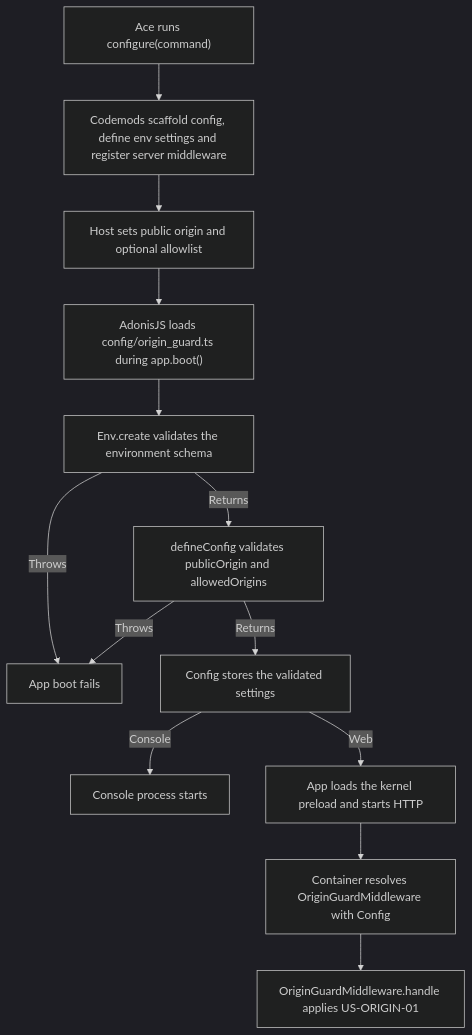
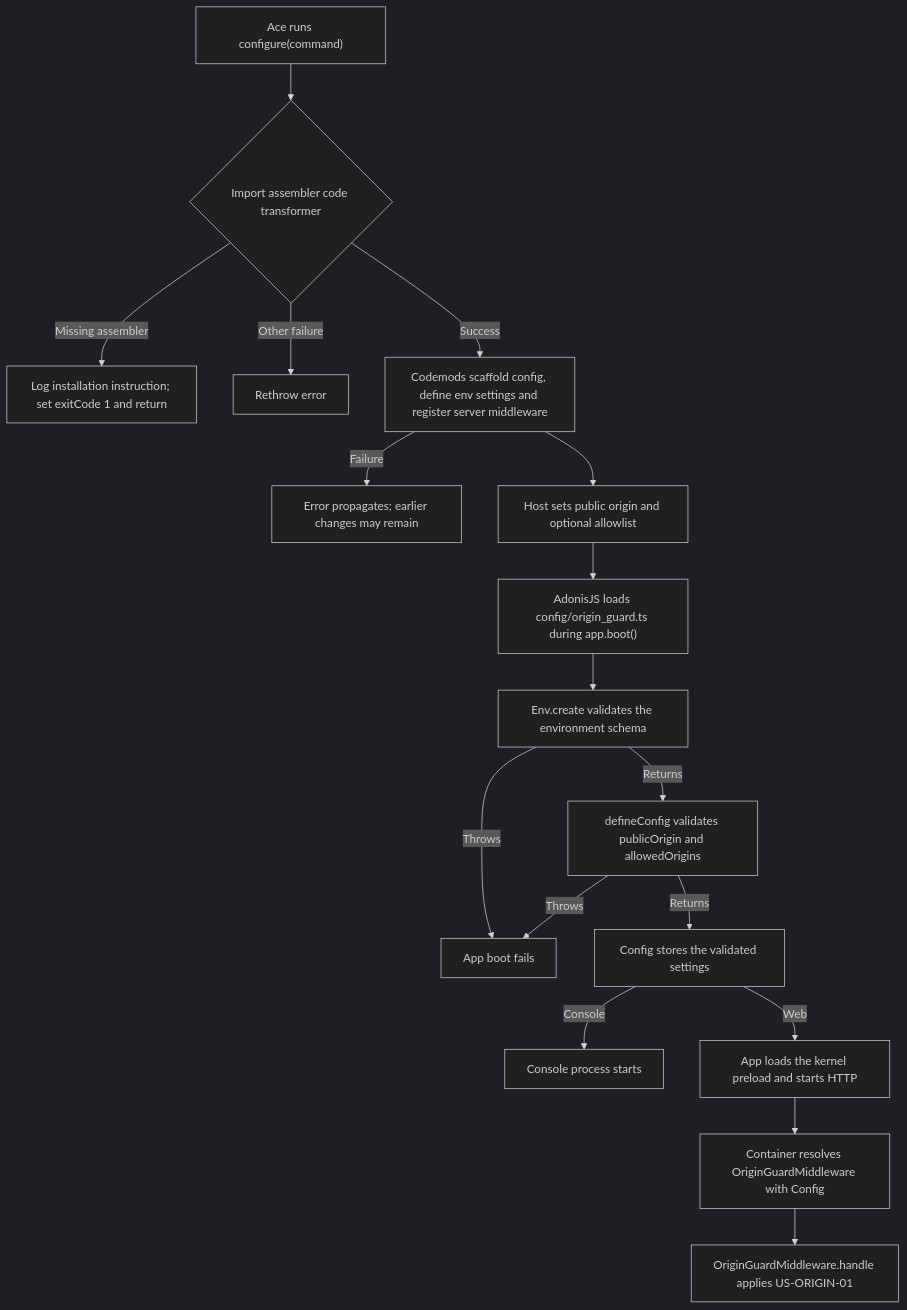
Before and after one commit to Kevinjohn/oss-adonisjs-origin-guard: the second of 2 diagrams in user-stories/US-ORIGIN-05-install-and-start.md, drawn with Mermaid (dark theme). The commit also changed other lines of this file and 1 other file, not shown here.

````diff
--- a/user-stories/US-ORIGIN-05-install-and-start.md
+++ b/user-stories/US-ORIGIN-05-install-and-start.md
@@ -40,15 +45,19 @@
 ```mermaid
 flowchart TD
-    A["Ace runs configure(command)"] --> C["Codemods scaffold config, define env settings and register server middleware"]
+    A["Ace runs configure(command)"] --> Q{"Import assembler code transformer"}
+    Q -->|Missing assembler| Z["Log installation instruction; set exitCode 1 and return"]
+    Q -->|Other failure| Y["Rethrow error"]
+    Q -->|Success| C["Codemods scaffold config, define env settings and register server middleware"]
+    C -->|Failure| W["Error propagates; earlier changes may remain"]
     C --> E["Host sets public origin and optional allowlist"]
     E --> I["AdonisJS loads config/origin_guard.ts during app.boot()"]
     I --> V["Env.create validates the environment schema"]
     V -->|Returns| B["defineConfig validates publicOrigin and allowedOrigins"]
     V -->|Throws| X["App boot fails"]
     B -->|Throws| X
     B -->|Returns| S["Config stores the validated settings"]
     S -->|Console| P["Console process starts"]
     S -->|Web| D["App loads the kernel preload and starts HTTP"]
     D --> M["Container resolves OriginGuardMiddleware with Config"]
     M --> R["OriginGuardMiddleware.handle applies US-ORIGIN-01"]
 ```
````
